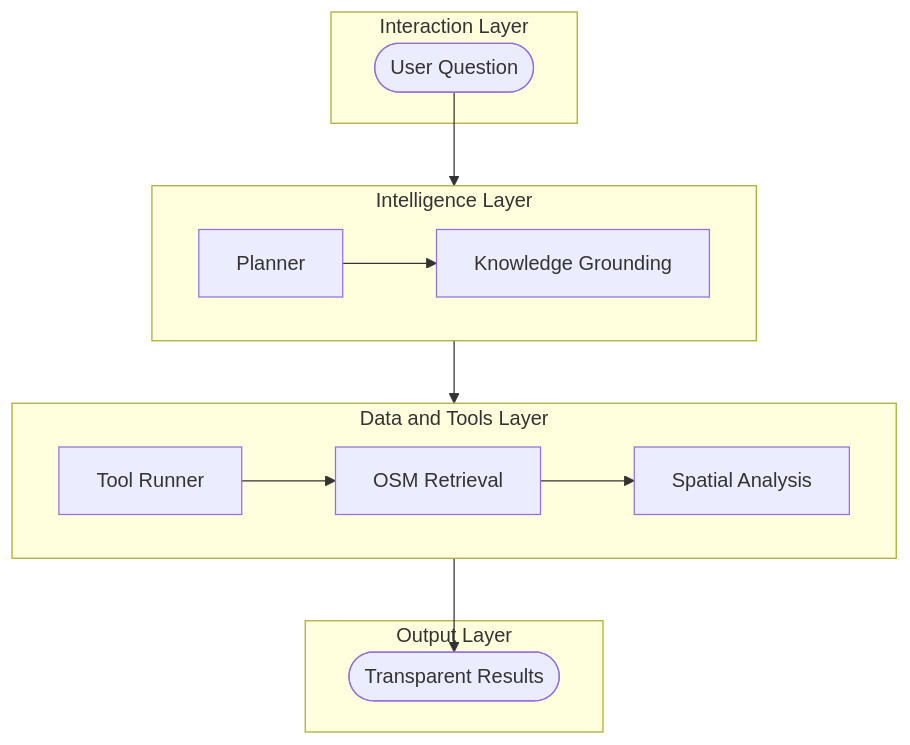
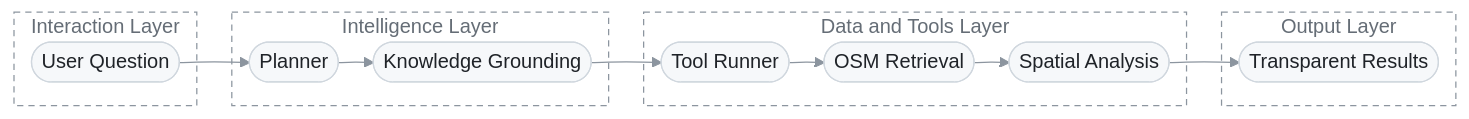
Before and after one commit to AriadneThreadLab/AriadneThread: the diagram in README.md, drawn with Mermaid. The commit also changed other lines of this file, not shown here.

````diff
--- a/README.md
+++ b/README.md
@@ -47,24 +47,29 @@
 ```mermaid
-flowchart TB
+%%{init: {"theme": "base", "themeVariables": {"primaryColor": "#f6f8fa", "primaryTextColor": "#1f2328", "primaryBorderColor": "#d0d7de", "lineColor": "#8c959f", "clusterBkg": "#ffffff", "clusterBorder": "#8c959f"}, "flowchart": {"curve": "basis", "padding": 8, "nodeSpacing": 18, "rankSpacing": 28}}}%%
+flowchart LR
   subgraph I["Interaction Layer"]
     Q(["User Question"])
   end
-
   subgraph N["Intelligence Layer"]
-    direction LR
-    P["Planner"] --> K["Knowledge Grounding"]
+    P(["Planner"])
+    K(["Knowledge Grounding"])
   end
-
   subgraph D["Data and Tools Layer"]
-    direction LR
-    T["Tool Runner"] --> O["OSM Retrieval"] --> A["Spatial Analysis"]
+    T(["Tool Runner"])
+    O(["OSM Retrieval"])
+    A(["Spatial Analysis"])
   end
-
   subgraph X["Output Layer"]
     R(["Transparent Results"])
   end
 
-  Q --> P
-  K --> T
-  A --> R
+  Q --> P --> K --> T --> O --> A --> R
+
+  classDef step fill:#f6f8fa,stroke:#d0d7de,stroke-width:1px,color:#1f2328
+  class Q,P,K,T,O,A,R step
+
+  style I fill:#ffffff,stroke:#8c959f,stroke-width:1px,stroke-dasharray:5 4,color:#656d76
+  style N fill:#ffffff,stroke:#8c959f,stroke-width:1px,stroke-dasharray:5 4,color:#656d76
+  style D fill:#ffffff,stroke:#8c959f,stroke-width:1px,stroke-dasharray:5 4,color:#656d76
+  style X fill:#ffffff,stroke:#8c959f,stroke-width:1px,stroke-dasharray:5 4,color:#656d76
 ```
````
